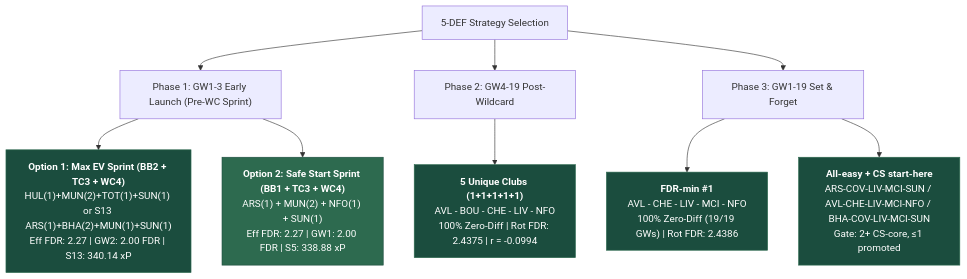
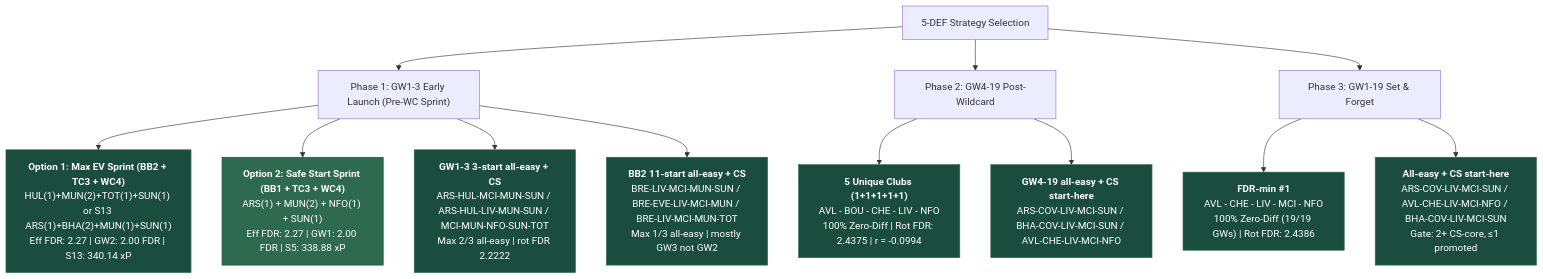
The first of 2 diagrams in docs/research/def-fixture-rotation/def-fixture-rotation.md (JubileeZ/fpl-jubilee-ascent), drawn with Mermaid before and after one commit. The commit also changed other lines of this file and 7 other files, not shown here.

````diff
--- a/docs/research/def-fixture-rotation/def-fixture-rotation.md
+++ b/docs/research/def-fixture-rotation/def-fixture-rotation.md
@@ -66,18 +71,24 @@
 ```mermaid
 flowchart TD
     Strategy["5-DEF Strategy Selection"] --> Early["Phase 1: GW1-3 Early Launch (Pre-WC Sprint)"]
     Strategy --> PostWC["Phase 2: GW4-19 Post-Wildcard"]
     Strategy --> Full["Phase 3: GW1-19 Set & Forget"]
 
     Early --> EarlyBB2["<b>Option 1: Max EV Sprint (BB2 + TC3 + WC4)</b><br>HUL(1)+MUN(2)+TOT(1)+SUN(1) or S13 ARS(1)+BHA(2)+MUN(1)+SUN(1)<br>Eff FDR: 2.27 | GW2: 2.00 FDR | S13: 340.14 xP"]
     Early --> EarlyBB1["<b>Option 2: Safe Start Sprint (BB1 + TC3 + WC4)</b><br>ARS(1) + MUN(2) + NFO(1) + SUN(1)<br>Eff FDR: 2.27 | GW1: 2.00 FDR | S5: 338.88 xP"]
+    Early --> EarlyCs["<b>GW1-3 3-start all-easy + CS</b><br>ARS-HUL-MCI-MUN-SUN / ARS-HUL-LIV-MUN-SUN / MCI-MUN-NFO-SUN-TOT<br>Max 2/3 all-easy | rot FDR 2.2222"]
+    Early --> Bb2Cs["<b>BB2 11-start all-easy + CS</b><br>BRE-LIV-MCI-MUN-SUN / BRE-EVE-LIV-MCI-MUN / BRE-LIV-MCI-MUN-TOT<br>Max 1/3 all-easy | mostly GW3 not GW2"]
     PostWC --> PostWCPick["<b>5 Unique Clubs (1+1+1+1+1)</b><br>AVL - BOU - CHE - LIV - NFO<br>100% Zero-Diff | Rot FDR: 2.4375 | r = -0.0994"]
+    PostWC --> PostWCCs["<b>GW4-19 all-easy + CS start-here</b><br>ARS-COV-LIV-MCI-SUN / BHA-COV-LIV-MCI-SUN / AVL-CHE-LIV-MCI-NFO"]
     Full --> FullPick["<b>FDR-min #1</b><br>AVL - CHE - LIV - MCI - NFO<br>100% Zero-Diff (19/19 GWs) | Rot FDR: 2.4386"]
     Full --> FullCs["<b>All-easy + CS start-here</b><br>ARS-COV-LIV-MCI-SUN / AVL-CHE-LIV-MCI-NFO / BHA-COV-LIV-MCI-SUN<br>Gate: 2+ CS-core, ≤1 promoted"]
 
     style EarlyBB2 fill:#1b4d3e,stroke:#2d6a4f,color:#fff
     style EarlyBB1 fill:#2d6a4f,stroke:#1b4d3e,color:#fff
+    style EarlyCs fill:#1b4d3e,stroke:#2d6a4f,color:#fff
+    style Bb2Cs fill:#1b4d3e,stroke:#2d6a4f,color:#fff
     style PostWCPick fill:#1b4d3e,stroke:#2d6a4f,color:#fff
+    style PostWCCs fill:#1b4d3e,stroke:#2d6a4f,color:#fff
     style FullPick fill:#1b4d3e,stroke:#2d6a4f,color:#fff
     style FullCs fill:#1b4d3e,stroke:#2d6a4f,color:#fff
 ```
````
